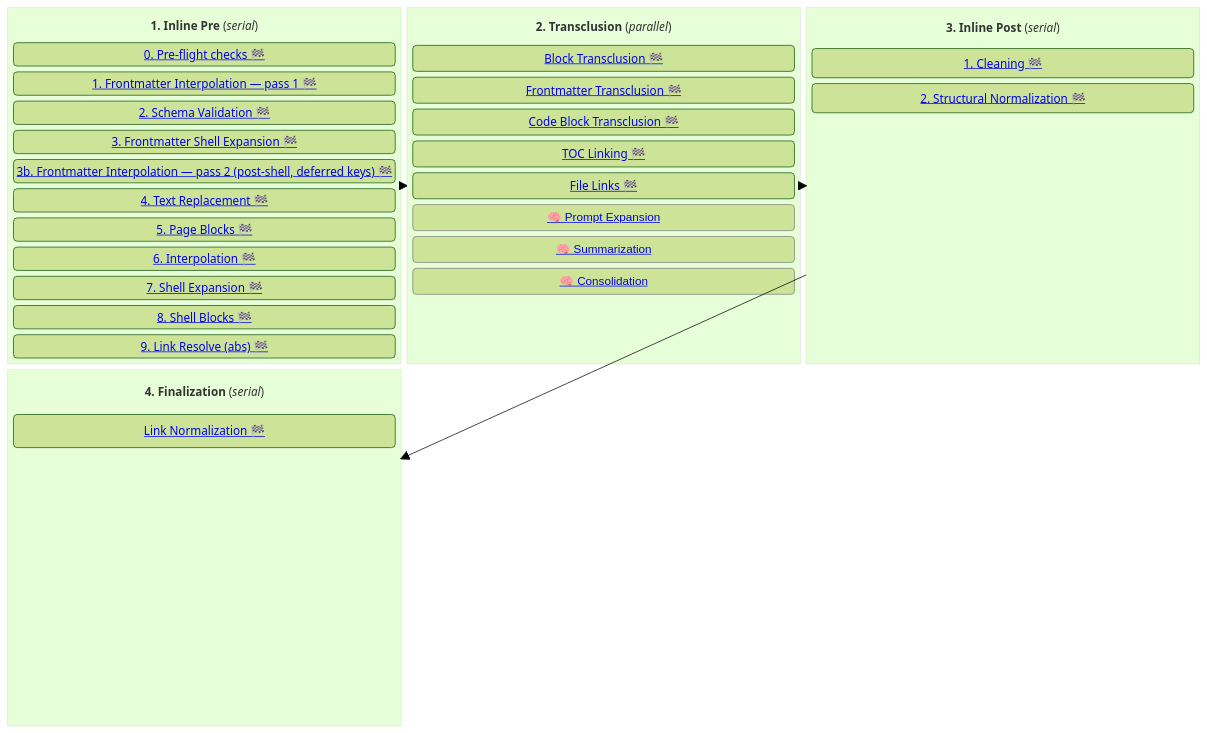
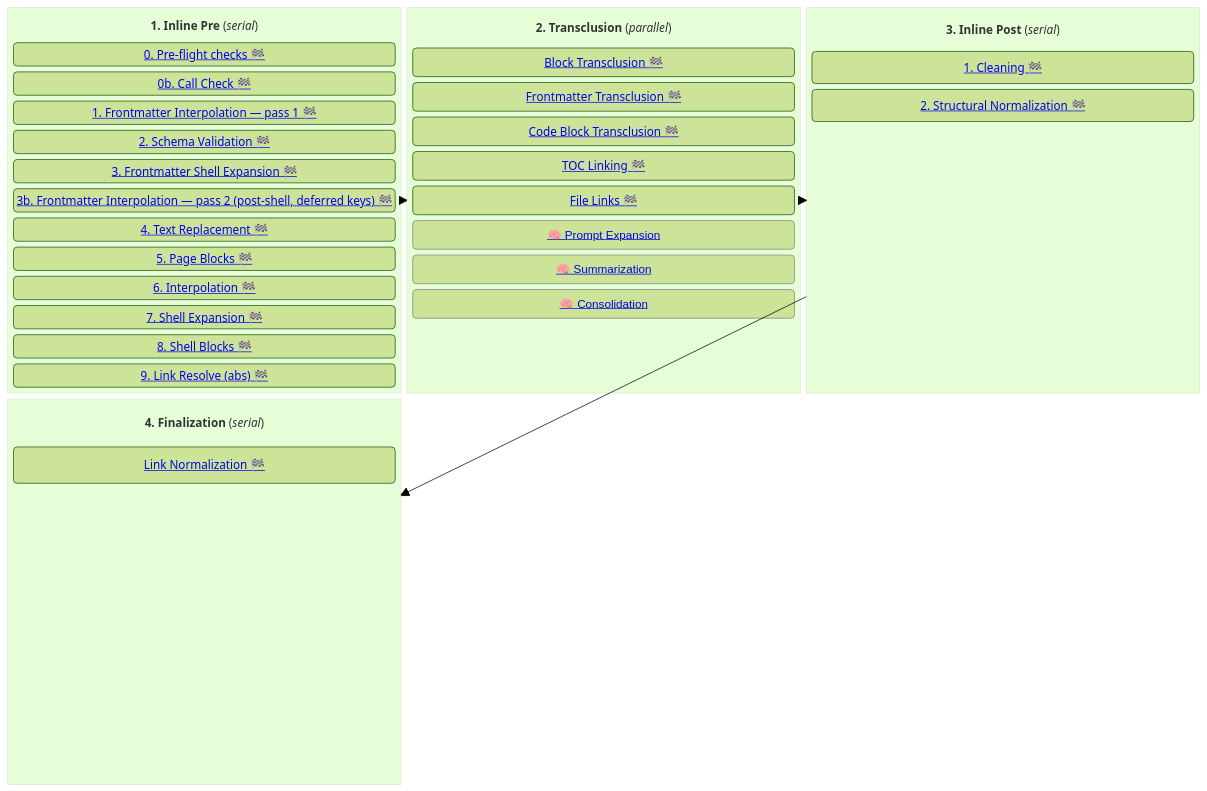
The first of 5 diagrams in darkmatter/docs/darkmatter-compose-pipeline.md (yankeeinlondon/rusty-biscuit), drawn with Mermaid (forest theme) before and after one commit. The commit also changed other lines of this file and 29 other files, not shown here.

```diff
--- a/darkmatter/docs/darkmatter-compose-pipeline.md
+++ b/darkmatter/docs/darkmatter-compose-pipeline.md
@@ -11,6 +11,7 @@
         columns 1
         preTitle["<b>1. Inline Pre</b> (<i>serial</i>)"]
         preFlightChecks("<a href='./inline/preflight-checks.md'>0. Pre-flight checks 🏁</a>")
+        callCheck("<a href='./inline/call-check.md'>0b. Call Check 🏁</a>")
         fmInterpolate("<a href='./inline/fm-interpolation.md'>1. Frontmatter Interpolation — pass 1 🏁</a>")
         schemaValidation("<a href='./inline/schema-validation.md'>2. Schema Validation 🏁</a>")
         shellExp("<a href='./inline/fm-shell-expansion.md'>3. Frontmatter Shell Expansion 🏁</a>")
```
